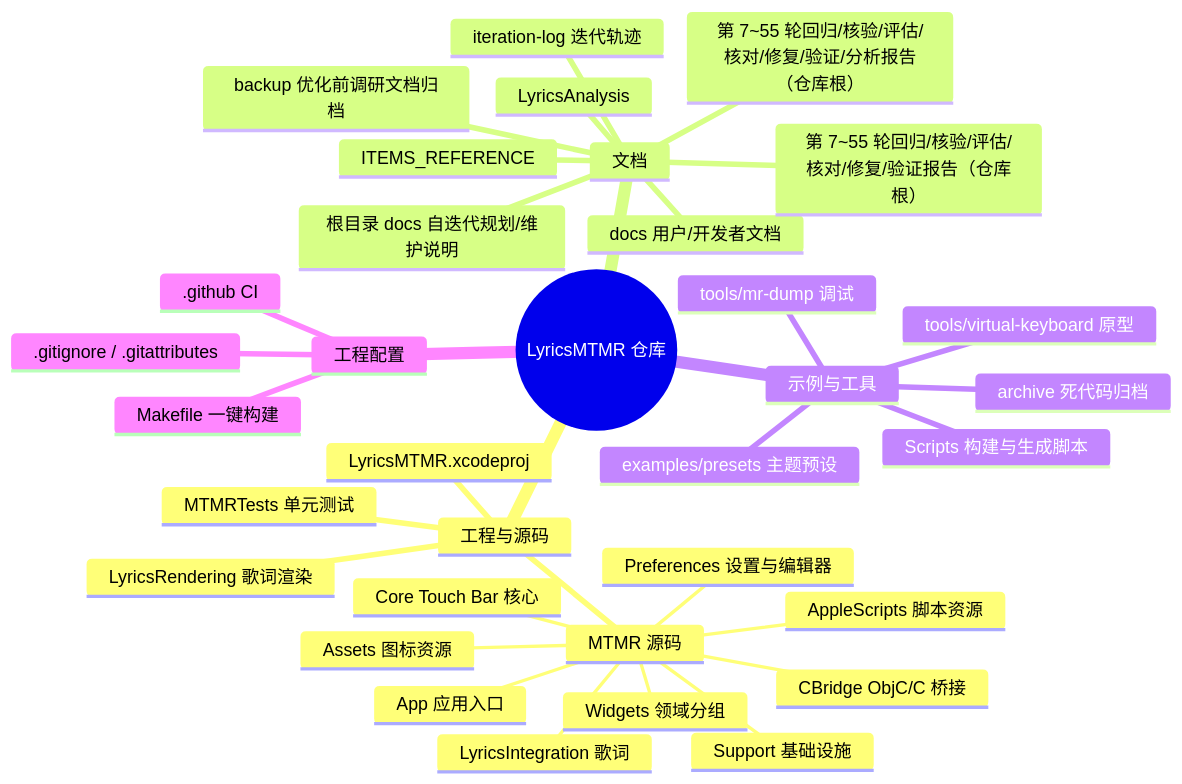
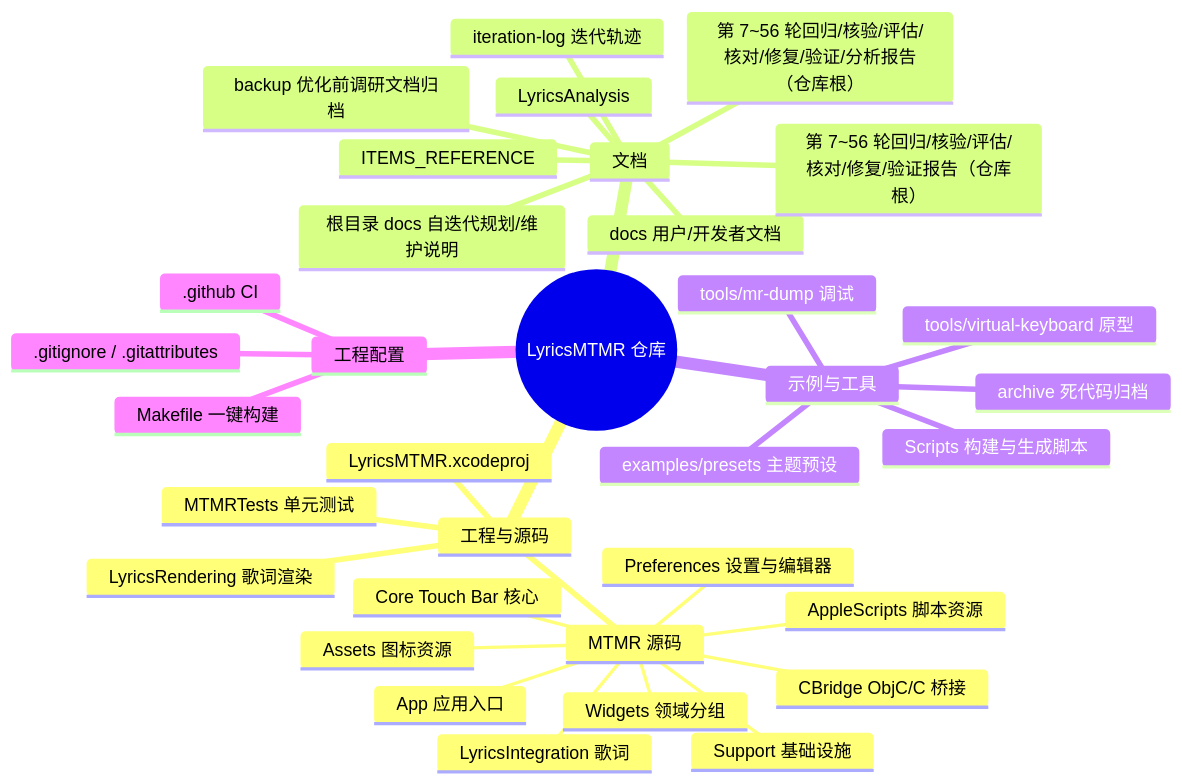
The first of 2 diagrams in LyricsMTMR/docs/file-structure.zh.md (Tangzishun-Li/LyricsMTMR), drawn with Mermaid before and after one commit. The commit also changed other lines of this file and 3 other files, not shown here.

````diff
--- a/LyricsMTMR/docs/file-structure.zh.md
+++ b/LyricsMTMR/docs/file-structure.zh.md
@@ -10,37 +10,37 @@
 ```mermaid
 mindmap
   root((LyricsMTMR 仓库))
     工程与源码
       LyricsMTMR.xcodeproj
       MTMR 源码
         App 应用入口
         Core Touch Bar 核心
         Support 基础设施
         Widgets 领域分组
         Preferences 设置与编辑器
         LyricsIntegration 歌词
         CBridge ObjC/C 桥接
         AppleScripts 脚本资源
         Assets 图标资源
       LyricsRendering 歌词渲染
       MTMRTests 单元测试
     文档
       docs 用户/开发者文档
       ITEMS_REFERENCE
       LyricsAnalysis
       backup 优化前调研文档归档
       iteration-log 迭代轨迹
       根目录 docs 自迭代规划/维护说明
-      第 7~55 轮回归/核验/评估/核对/修复/验证/分析报告（仓库根）
-      第 7~55 轮回归/核验/评估/核对/修复/验证报告（仓库根）
+      第 7~56 轮回归/核验/评估/核对/修复/验证/分析报告（仓库根）
+      第 7~56 轮回归/核验/评估/核对/修复/验证报告（仓库根）
     示例与工具
       examples/presets 主题预设
       tools/mr-dump 调试
       tools/virtual-keyboard 原型
       Scripts 构建与生成脚本
       archive 死代码归档
     工程配置
       .github CI
       .gitignore / .gitattributes
       Makefile 一键构建
 ```
````
